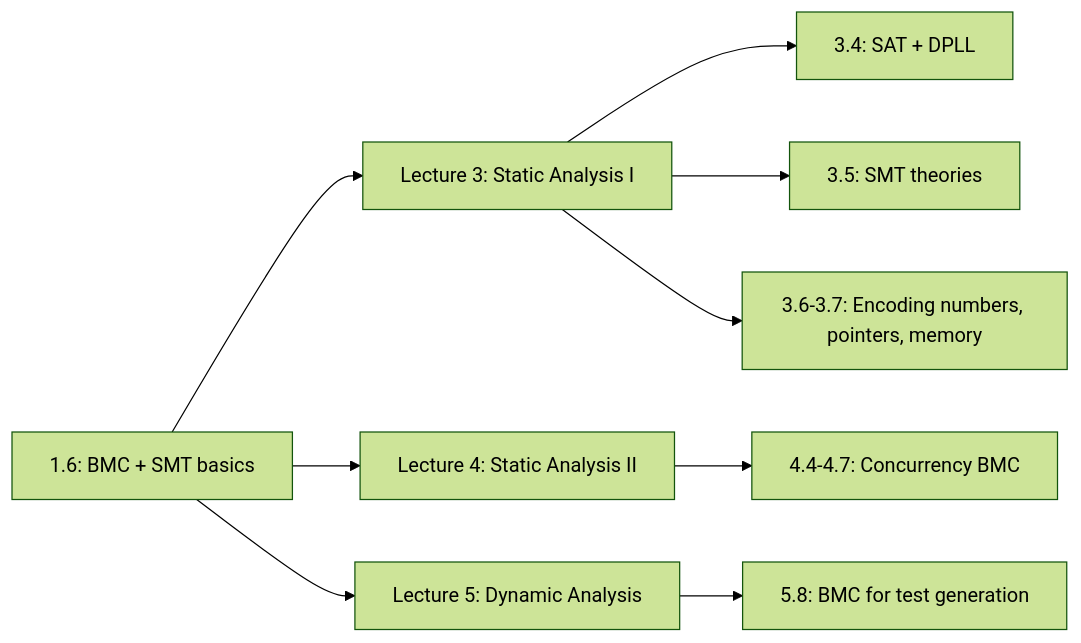
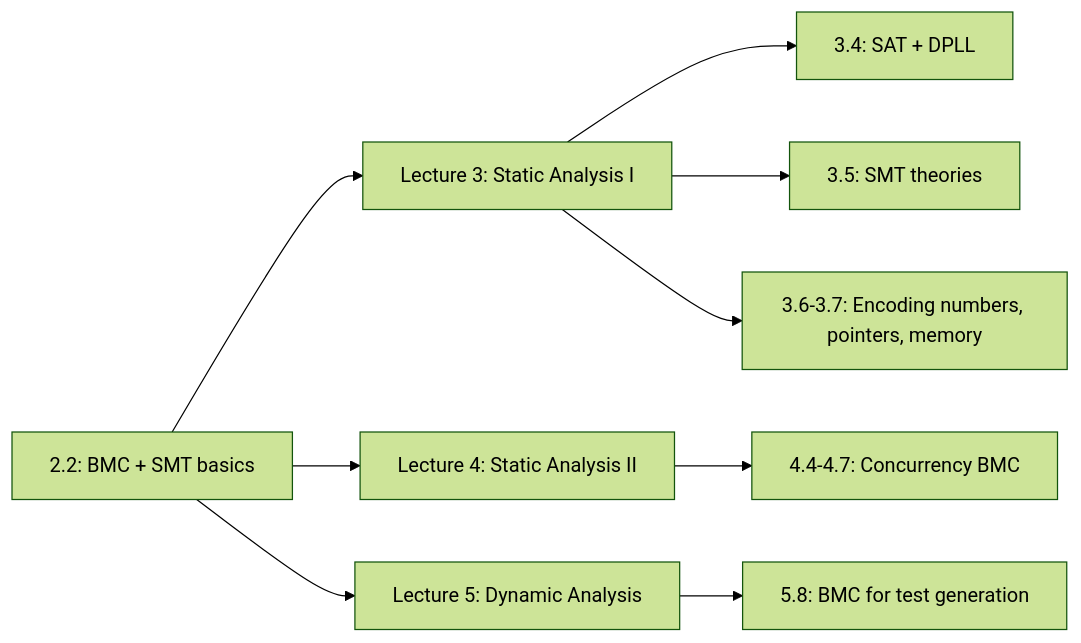
The diagram in docs/01-introduction/06-bmc-and-smt-basics.md (tuandung222/software-security-foundation), drawn with Mermaid (forest theme) before and after one commit. The commit also changed other lines of this file and 43 other files, not shown here.

````diff
--- a/docs/01-introduction/06-bmc-and-smt-basics.md
+++ b/docs/01-introduction/06-bmc-and-smt-basics.md
@@ -350,11 +350,11 @@
 ```mermaid
 flowchart LR
-    A[1.6: BMC + SMT basics] --> B[Lecture 3: Static Analysis I]
+    A[2.2: BMC + SMT basics] --> B[Lecture 3: Static Analysis I]
     B --> C[3.4: SAT + DPLL]
     B --> D[3.5: SMT theories]
     B --> E[3.6-3.7: Encoding numbers, pointers, memory]
     A --> F[Lecture 4: Static Analysis II]
     F --> G[4.4-4.7: Concurrency BMC]
     A --> H[Lecture 5: Dynamic Analysis]
     H --> I[5.8: BMC for test generation]
 ```
````
